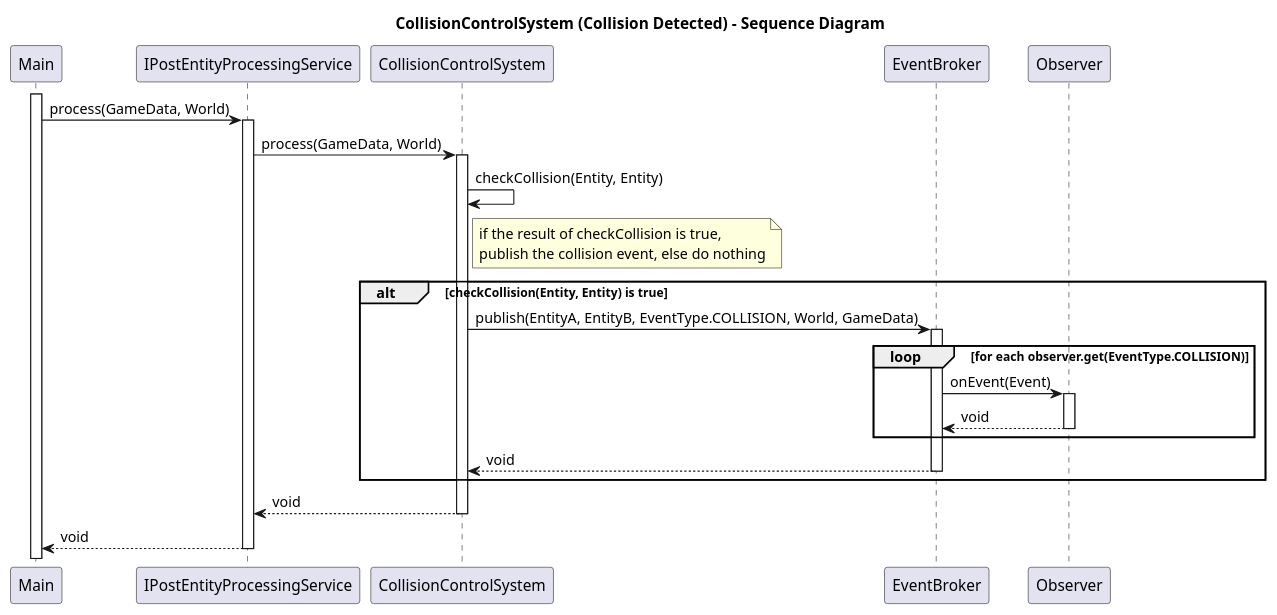
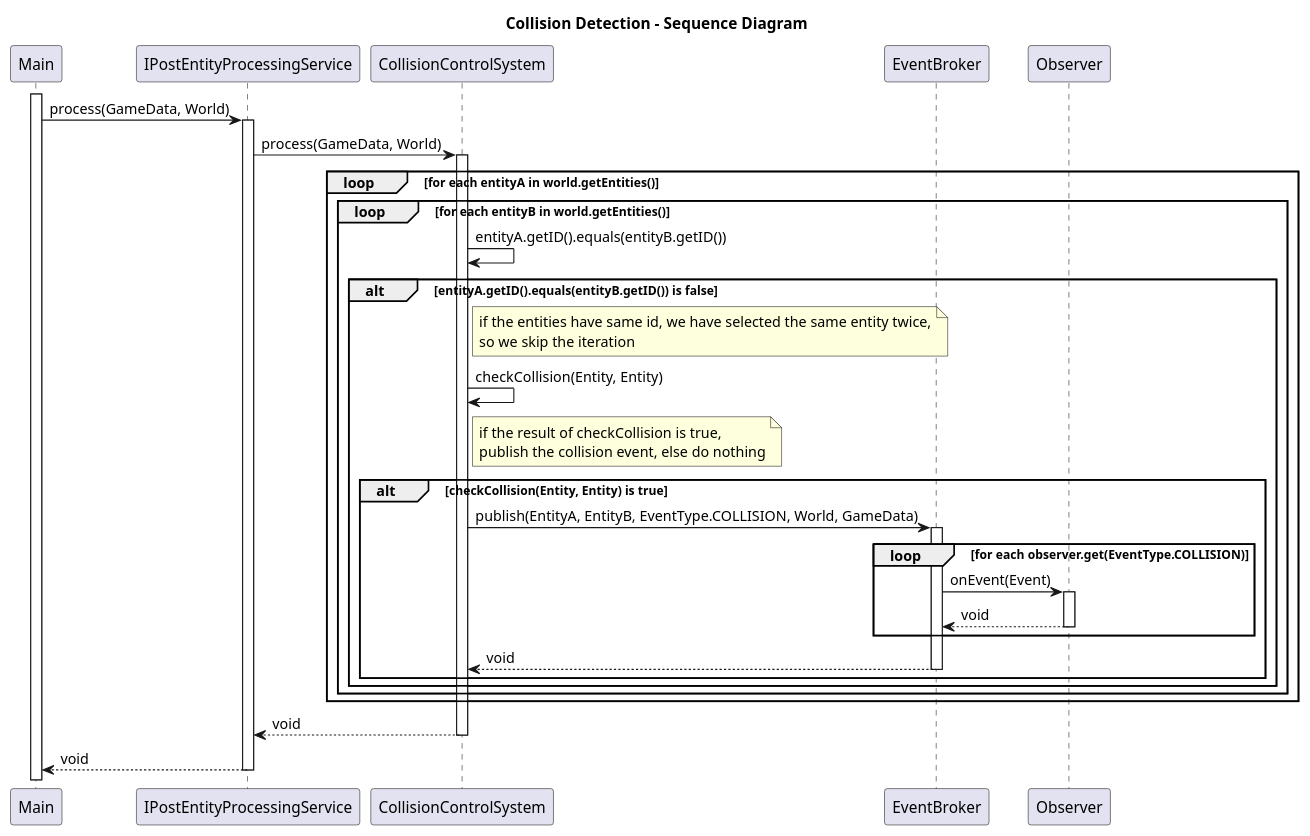
The diagram in diagrams/sequence collision.puml (jlars22/AsteroidsFX), drawn with PlantUML before and after one commit. The commit also changed 3 other files, not shown here.

Commit message:
improve diagrams

```diff
--- a/diagrams/sequence collision.puml
+++ b/diagrams/sequence collision.puml
@@ -1,32 +1,40 @@
 @startuml
-title CollisionControlSystem (Collision Detected) - Sequence Diagram
+title Collision Detection - Sequence Diagram
 participant Main
 participant IPostEntityProcessingService
 participant CollisionControlSystem
 participant EventBroker
 participant Observer
 
 activate Main
 Main -> IPostEntityProcessingService: process(GameData, World)
 activate IPostEntityProcessingService
 IPostEntityProcessingService -> CollisionControlSystem: process(GameData, World)
 activate CollisionControlSystem
-CollisionControlSystem -> CollisionControlSystem: checkCollision(Entity, Entity)
-    note right of CollisionControlSystem: if the result of checkCollision is true,\npublish the collision event, else do nothing
-alt checkCollision(Entity, Entity) is true
-    CollisionControlSystem -> EventBroker: publish(EntityA, EntityB, EventType.COLLISION, World, GameData)
-    activate EventBroker
-    loop for each observer.get(EventType.COLLISION)
-        EventBroker -> Observer: onEvent(Event)
-        activate Observer
-        Observer --> EventBroker: void
-        deactivate Observer
+loop for each entityA in world.getEntities()
+    loop for each entityB in world.getEntities()
+        CollisionControlSystem -> CollisionControlSystem: entityA.getID().equals(entityB.getID())
+        alt entityA.getID().equals(entityB.getID()) is false
+        note right of CollisionControlSystem: if the entities have same id, we have selected the same entity twice,\nso we skip the iteration
+            CollisionControlSystem -> CollisionControlSystem: checkCollision(Entity, Entity)
+            note right of CollisionControlSystem: if the result of checkCollision is true,\npublish the collision event, else do nothing
+            alt checkCollision(Entity, Entity) is true
+                CollisionControlSystem -> EventBroker: publish(EntityA, EntityB, EventType.COLLISION, World, GameData)
+                activate EventBroker
+                loop for each observer.get(EventType.COLLISION)
+                    EventBroker -> Observer: onEvent(Event)
+                    activate Observer
+                    Observer --> EventBroker: void
+                    deactivate Observer
+                end
+                EventBroker --> CollisionControlSystem: void
+                deactivate EventBroker
+            end
+        end
     end
-    EventBroker --> CollisionControlSystem: void
-    deactivate EventBroker
 end
 CollisionControlSystem --> IPostEntityProcessingService: void
 deactivate CollisionControlSystem
 IPostEntityProcessingService --> Main: void
 deactivate IPostEntityProcessingService
 @enduml
```
